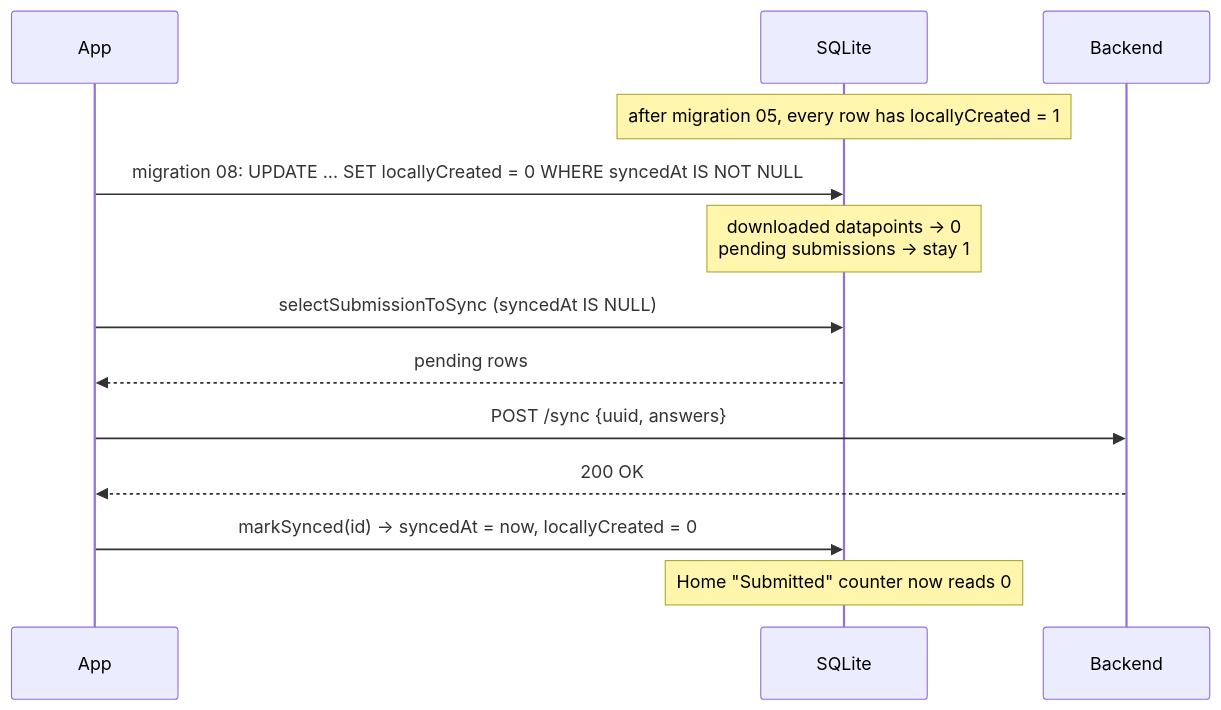
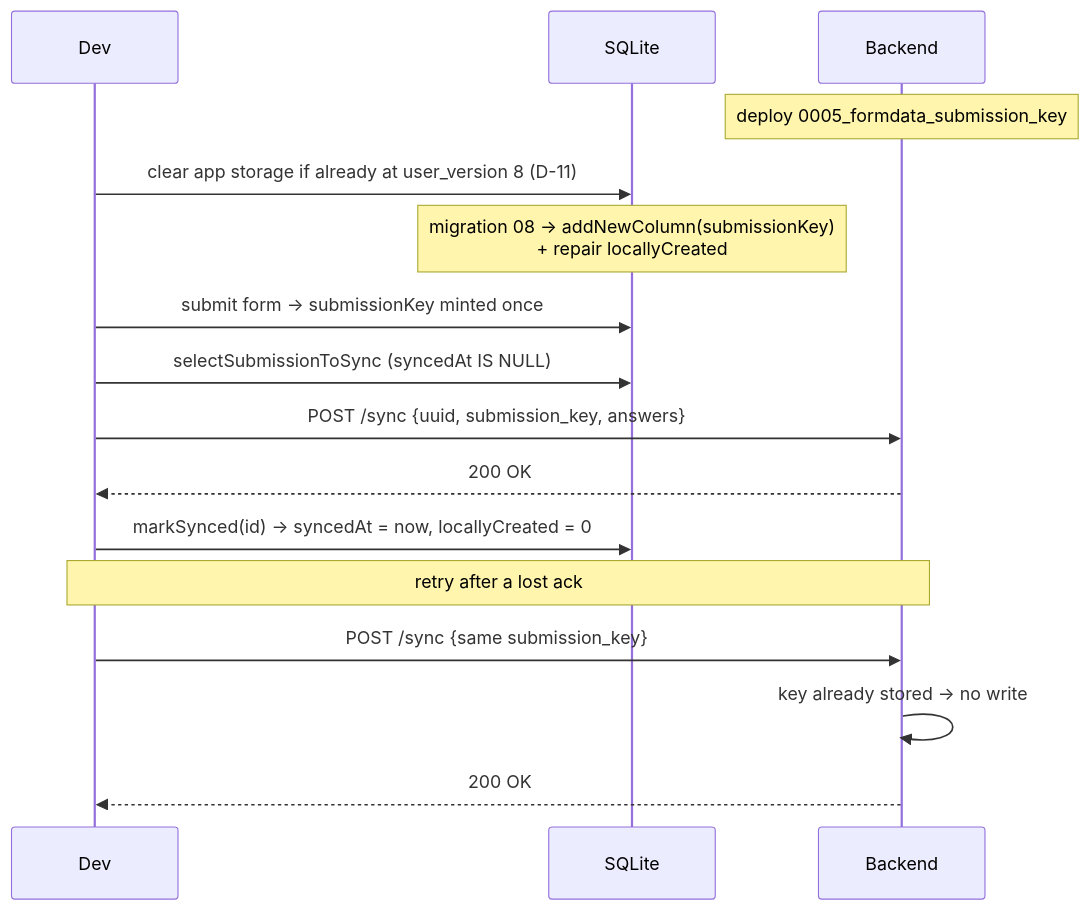
Before and after one commit to akvo/akvo-mis: the third of 3 diagrams in doc/design/APP-255-submitted-datapoint-lifecycle.md, drawn with Mermaid. The commit also changed other lines of this file and 4 other files, not shown here.

````diff
--- a/doc/design/APP-255-submitted-datapoint-lifecycle.md
+++ b/doc/design/APP-255-submitted-datapoint-lifecycle.md
@@ -370,17 +530,21 @@
 ```mermaid
 sequenceDiagram
-    participant App
+    participant Dev
     participant DB as SQLite
     participant API as Backend
 
-    Note over DB: after migration 05, every row has locallyCreated = 1
-    App->>DB: migration 08: UPDATE ... SET locallyCreated = 0 WHERE syncedAt IS NOT NULL
-    Note over DB: downloaded datapoints → 0<br/>pending submissions → stay 1
+    Note over API: deploy 0005_formdata_submission_key
+    Dev->>DB: clear app storage if already at user_version 8 (D-11)
+    Note over DB: migration 08 → addNewColumn(submissionKey)<br/>+ repair locallyCreated
 
-    App->>DB: selectSubmissionToSync (syncedAt IS NULL)
-    DB-->>App: pending rows
-    App->>API: POST /sync {uuid, answers}
-    API-->>App: 200 OK
-    App->>DB: markSynced(id) → syncedAt = now, locallyCreated = 0
-    Note over DB: Home "Submitted" counter now reads 0
+    Dev->>DB: submit form → submissionKey minted once
+    Dev->>DB: selectSubmissionToSync (syncedAt IS NULL)
+    Dev->>API: POST /sync {uuid, submission_key, answers}
+    API-->>Dev: 200 OK
+    Dev->>DB: markSynced(id) → syncedAt = now, locallyCreated = 0
+
+    Note over Dev,API: retry after a lost ack
+    Dev->>API: POST /sync {same submission_key}
+    API->>API: key already stored → no write
+    API-->>Dev: 200 OK
 ```
````
